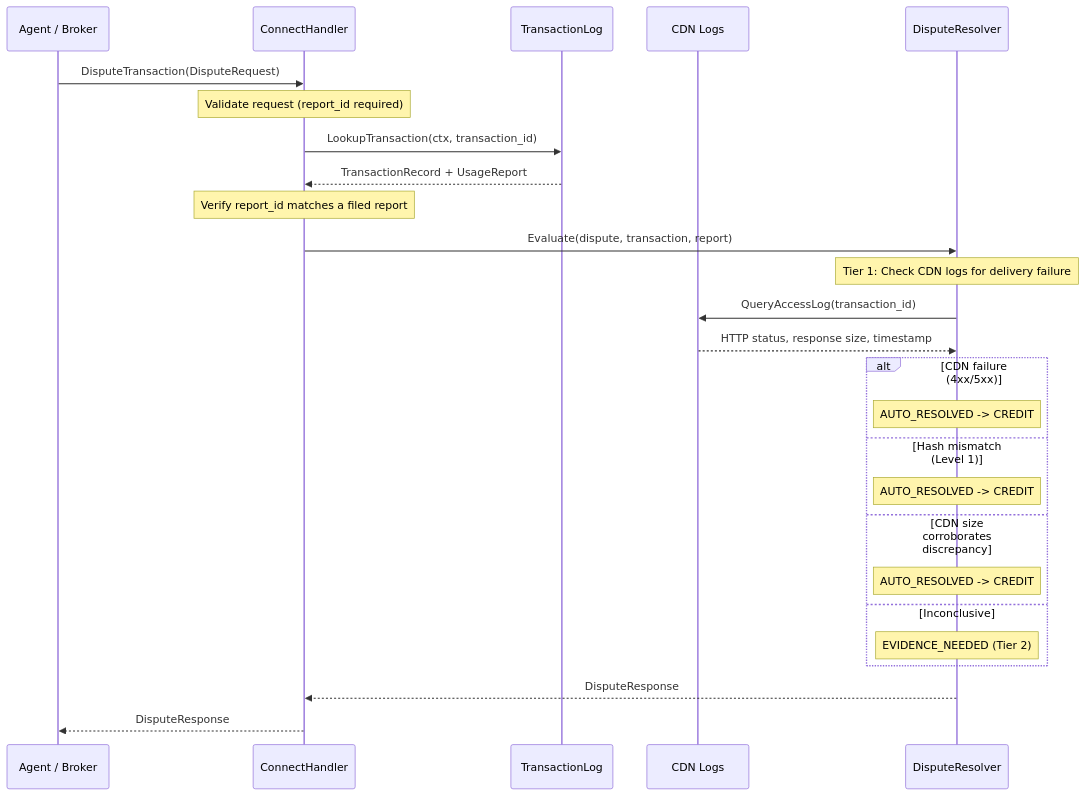
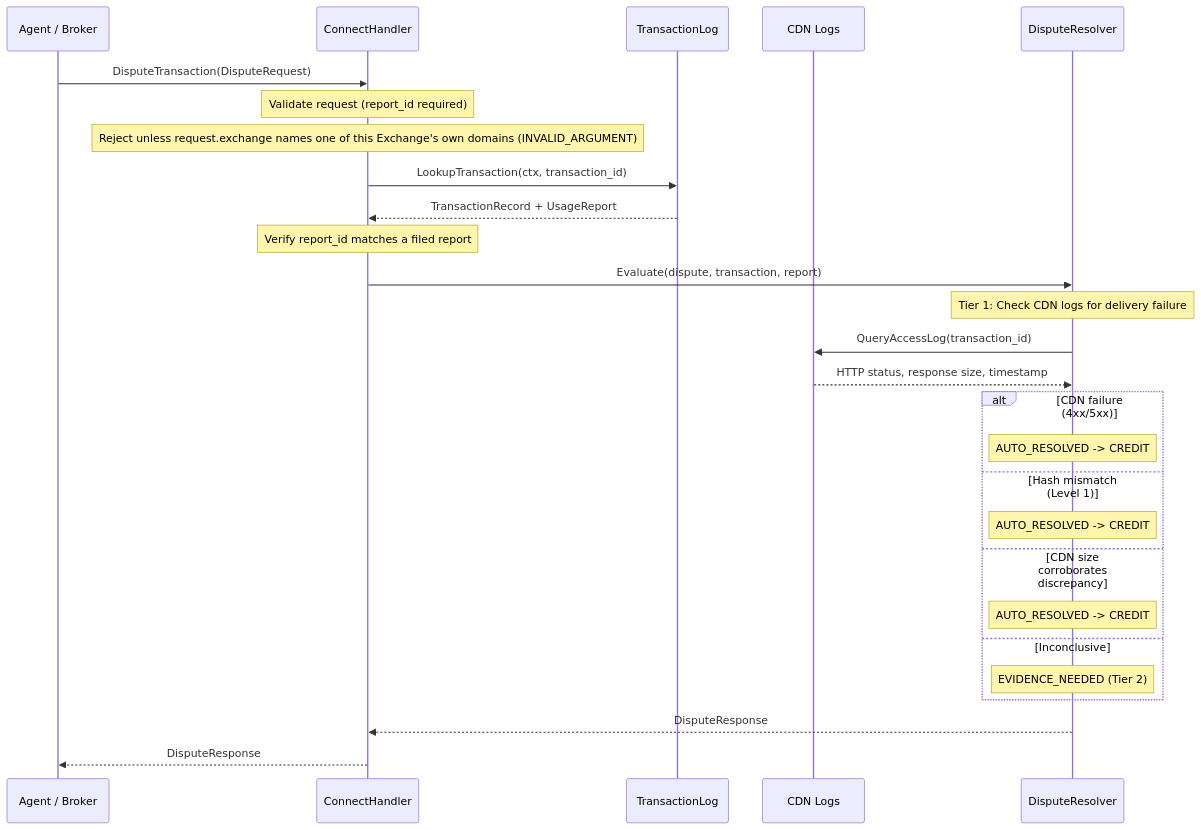
The fifth of 5 diagrams in website/src/content/docs/components/exchange/request-flows.mdx (RAMP-Protocol/protocol), drawn with Mermaid before and after one commit. The commit also changed other lines of this file and 32 other files, not shown here.

````diff
--- a/website/src/content/docs/components/exchange/request-flows.mdx
+++ b/website/src/content/docs/components/exchange/request-flows.mdx
@@ -817,37 +820,38 @@
 ```mermaid
 sequenceDiagram
     participant Agent as Agent / Broker
     participant Handler as ConnectHandler
     participant TxLog as TransactionLog
     participant CDN as CDN Logs
     participant Resolver as DisputeResolver
 
     Agent->>Handler: DisputeTransaction(DisputeRequest)
 
     Note over Handler: Validate request (report_id required)
+    Note over Handler: Reject unless request.exchange names one of this Exchange's own domains (INVALID_ARGUMENT)
 
     Handler->>TxLog: LookupTransaction(ctx, transaction_id)
     TxLog-->>Handler: TransactionRecord + UsageReport
 
     Note over Handler: Verify report_id matches a filed report
 
     Handler->>Resolver: Evaluate(dispute, transaction, report)
 
     Note over Resolver: Tier 1: Check CDN logs for delivery failure
     Resolver->>CDN: QueryAccessLog(transaction_id)
     CDN-->>Resolver: HTTP status, response size, timestamp
 
     alt CDN failure (4xx/5xx)
         Note over Resolver: AUTO_RESOLVED -> CREDIT
     else Hash mismatch (Level 1)
         Note over Resolver: AUTO_RESOLVED -> CREDIT
     else CDN size corroborates discrepancy
         Note over Resolver: AUTO_RESOLVED -> CREDIT
     else Inconclusive
         Note over Resolver: EVIDENCE_NEEDED (Tier 2)
     end
 
     Resolver-->>Handler: DisputeResponse
 
     Handler-->>Agent: DisputeResponse
 ```
````
